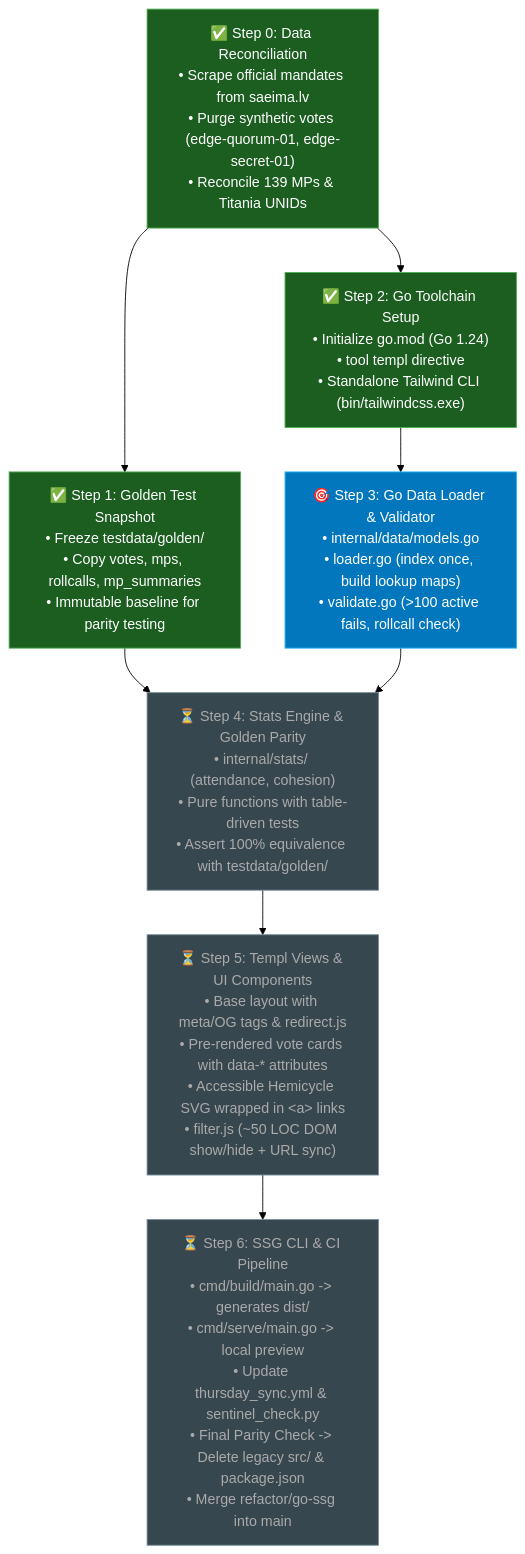
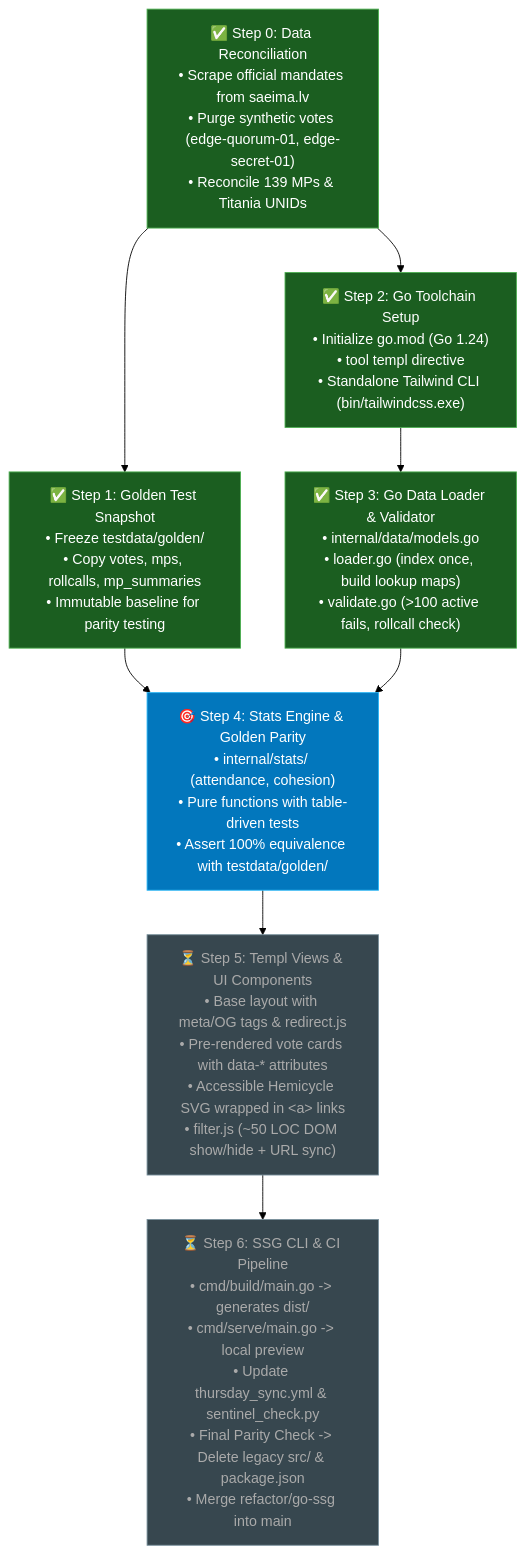
The diagram in REFACTOR_TREE.md (FisersDavis/kabalsosaeima), drawn with Mermaid (forest theme) before and after one commit. The commit also changed other lines of this file and 4 other files, not shown here.

Commit message:
feat(data): implement Go data loader, models, and mandate validator

````diff
--- a/REFACTOR_TREE.md
+++ b/REFACTOR_TREE.md
@@ -10,28 +10,28 @@
 ```mermaid
 graph TD
     classDef done fill:#1b5e20,stroke:#4caf50,color:#fff;
     classDef ready fill:#0277bd,stroke:#29b6f6,color:#fff;
     classDef blocked fill:#37474f,stroke:#78909c,color:#aaa;
 
     Node0["✅ Step 0: Data Reconciliation<br/>• Scrape official mandates from saeima.lv<br/>• Purge synthetic votes (edge-quorum-01, edge-secret-01)<br/>• Reconcile 139 MPs & Titania UNIDs"]:::done
     
     Node1["✅ Step 1: Golden Test Snapshot<br/>• Freeze testdata/golden/<br/>• Copy votes, mps, rollcalls, mp_summaries<br/>• Immutable baseline for parity testing"]:::done
     
     Node2["✅ Step 2: Go Toolchain Setup<br/>• Initialize go.mod (Go 1.24)<br/>• tool templ directive<br/>• Standalone Tailwind CLI (bin/tailwindcss.exe)"]:::done
 
-    Node3["🎯 Step 3: Go Data Loader & Validator<br/>• internal/data/models.go<br/>• loader.go (index once, build lookup maps)<br/>• validate.go (>100 active fails, rollcall check)"]:::ready
+    Node3["✅ Step 3: Go Data Loader & Validator<br/>• internal/data/models.go<br/>• loader.go (index once, build lookup maps)<br/>• validate.go (>100 active fails, rollcall check)"]:::done
 
-    Node4["⏳ Step 4: Stats Engine & Golden Parity<br/>• internal/stats/ (attendance, cohesion)<br/>• Pure functions with table-driven tests<br/>• Assert 100% equivalence with testdata/golden/"]:::blocked
+    Node4["🎯 Step 4: Stats Engine & Golden Parity<br/>• internal/stats/ (attendance, cohesion)<br/>• Pure functions with table-driven tests<br/>• Assert 100% equivalence with testdata/golden/"]:::ready
 
     Node5["⏳ Step 5: Templ Views & UI Components<br/>• Base layout with meta/OG tags & redirect.js<br/>• Pre-rendered vote cards with data-* attributes<br/>• Accessible Hemicycle SVG wrapped in &lt;a&gt; links<br/>• filter.js (~50 LOC DOM show/hide + URL sync)"]:::blocked
 
     Node6["⏳ Step 6: SSG CLI & CI Pipeline<br/>• cmd/build/main.go -> generates dist/<br/>• cmd/serve/main.go -> local preview<br/>• Update thursday_sync.yml & sentinel_check.py<br/>• Final Parity Check -> Delete legacy src/ & package.json<br/>• Merge refactor/go-ssg into main"]:::blocked
 
     Node0 --> Node1
     Node0 --> Node2
     Node1 --> Node4
     Node2 --> Node3
     Node3 --> Node4
     Node4 --> Node5
     Node5 --> Node6
 ```
````
